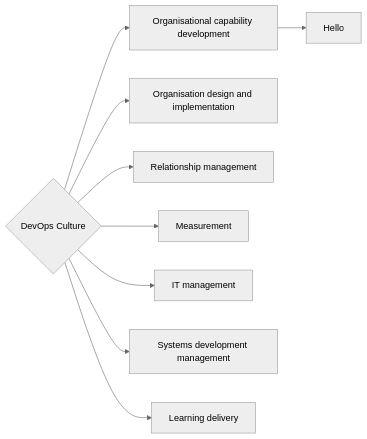
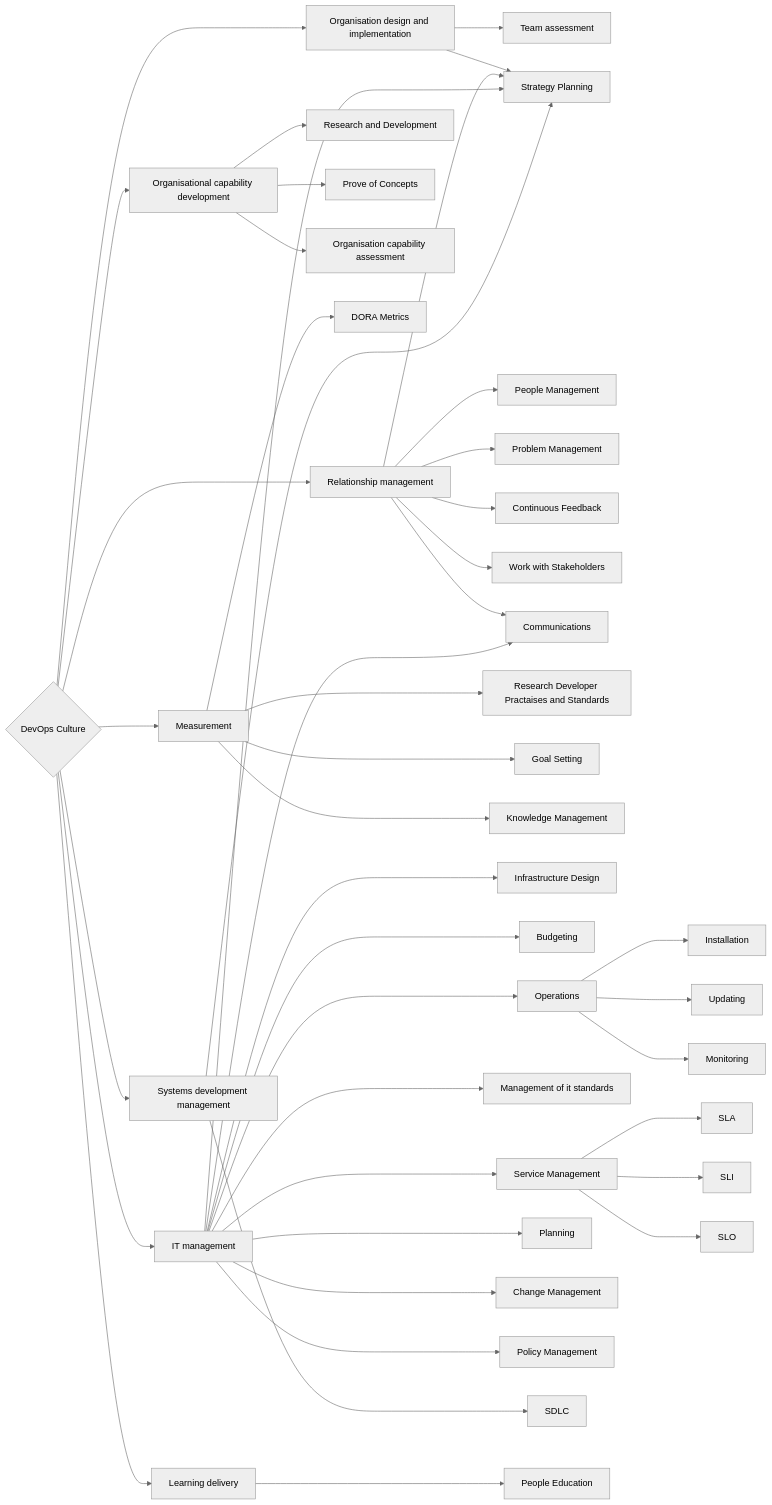
One commit to evgeniy-kharchenko/The-Way-of-DevOps changed the diagram in docs/devops-culture.md. Above: the diagram before and after it, drawn with Mermaid (neutral theme). The commit also changed 2 other files, not shown here.

Commit message:
added some lines

````diff
--- a/docs/devops-culture.md
+++ b/docs/devops-culture.md
@@ -3,13 +3,52 @@
 ```mermaid
 graph LR
     DevOpsCulture{DevOps Culture}
     DevOpsCulture --> OCDV[Organisational capability development]
     DevOpsCulture --> ORDI[Organisation design and implementation]
     DevOpsCulture --> RLMT[Relationship management]
     DevOpsCulture --> MEAS[Measurement]
     DevOpsCulture --> ITMG[IT management]
     DevOpsCulture --> DLMG[Systems development management]
     DevOpsCulture --> ETDL[Learning delivery]
 
-    OCDV --> Ways[Hello]
+    OCDV --> RnD[Research and Development]
+    OCDV --> PoC[Prove of Concepts]
+    OCDV --> OrgCapAssessment[Organisation capability assessment]
+
+    ORDI --> TeamAssessment[Team assessment]
+    ORDI --> StrategyPlanning[Strategy Planning]
+
+    RLMT --> PeopleManagement[People Management]
+    RLMT --> ProblemManagement[Problem Management]
+    RLMT --> ContinuousFeedback[Continuous Feedback]
+    RLMT --> WorkwithStakeholders[Work with Stakeholders]
+    RLMT --> Communications
+    RLMT --> StrategyPlanning
+
+    MEAS --> DORA[DORA Metrics]
+    MEAS ---> RnDDevPractaises[Research Developer Practaises and Standards]
+    MEAS ---> GoalSetting[Goal Setting]
+    MEAS ---> KnowledgeManagement[Knowledge Management]
+
+    ITMG ---> InfrastructureDesign[Infrastructure Design]
+    ITMG ---> Budgeting[Budgeting]
+    ITMG ---> Operations[Operations]
+    Operations ---> Installation
+    Operations ---> Updating
+    Operations ---> Monitoring
+    ITMG ---> StandardManagement[Management of it standards]
+    ITMG ---> ServiceManagement[Service Management]
+    ServiceManagement ---> SLA
+    ServiceManagement ---> SLI
+    ServiceManagement ---> SLO
+    ITMG ---> Planning
+    ITMG ---> Communications
+    ITMG ---> StrategyPlanning
+    ITMG ---> CHMG[Change Management]
+    ITMG ---> Policy[Policy Management]
+
+    DLMG ---> StrategyPlanning
+    DLMG ---> SDLC
+
+    ETDL ---> PeopleEducation[People Education]
 ```
````
